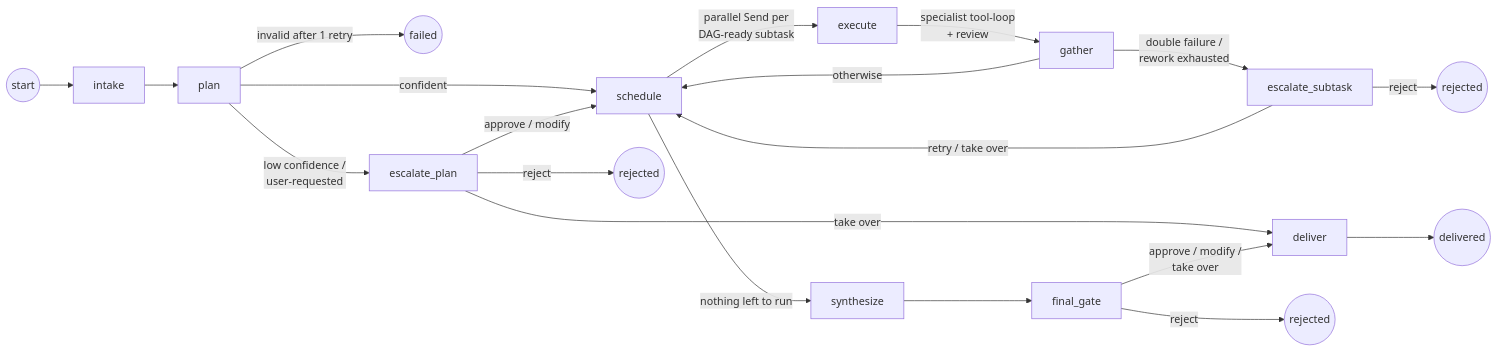
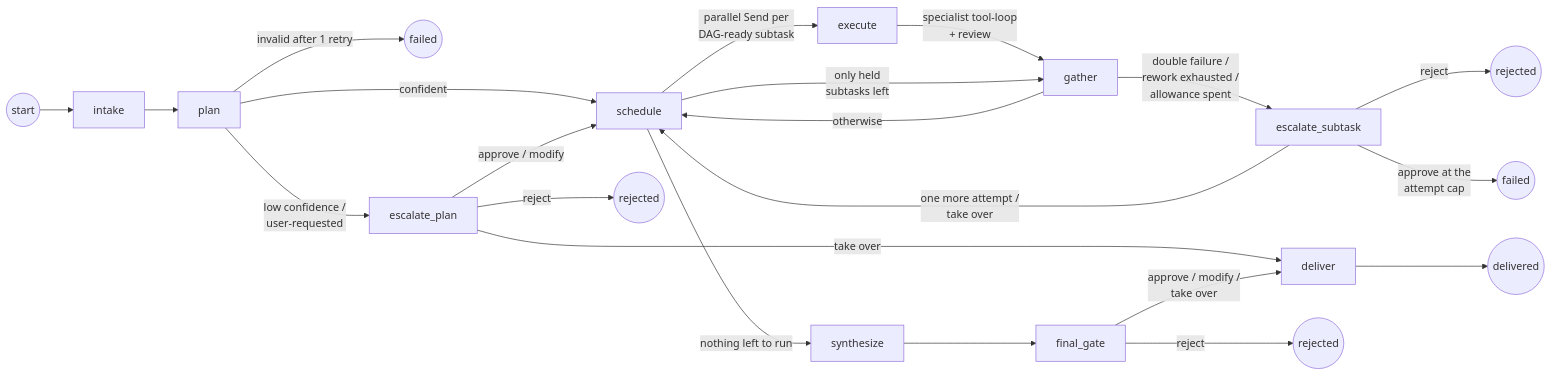
Before and after one commit to AlirezaAbedinii/groundwork-agents: the second of 2 diagrams in services/agent/docs/architecture.md, drawn with Mermaid. The commit also changed other lines of this file and 3 other files, not shown here.

````diff
--- a/services/agent/docs/architecture.md
+++ b/services/agent/docs/architecture.md
@@ -93,22 +93,24 @@
 ```mermaid
 flowchart LR
     START((start)) --> intake --> plan
     plan -->|"invalid after 1 retry"| FAILED((failed))
     plan -->|"low confidence /<br/>user-requested"| escalate_plan
     plan -->|confident| schedule
     escalate_plan -->|"approve / modify"| schedule
     escalate_plan -->|"take over"| deliver
     escalate_plan -->|reject| REJ1((rejected))
 
     schedule -->|"parallel Send per<br/>DAG-ready subtask"| execute
     execute -->|"specialist tool-loop<br/>+ review"| gather
-    gather -->|"double failure /<br/>rework exhausted"| escalate_subtask
+    gather -->|"double failure /<br/>rework exhausted /<br/>allowance spent"| escalate_subtask
     gather -->|otherwise| schedule
-    escalate_subtask -->|"retry / take over"| schedule
+    escalate_subtask -->|"one more attempt /<br/>take over"| schedule
     escalate_subtask -->|reject| REJ2((rejected))
+    escalate_subtask -->|"approve at the<br/>attempt cap"| FAILED2((failed))
+    schedule -->|"only held<br/>subtasks left"| gather
 
     schedule -->|"nothing left to run"| synthesize --> final_gate
     final_gate -->|"approve / modify /<br/>take over"| deliver
     final_gate -->|reject| REJ3((rejected))
     deliver --> DONE((delivered))
 ```
````
